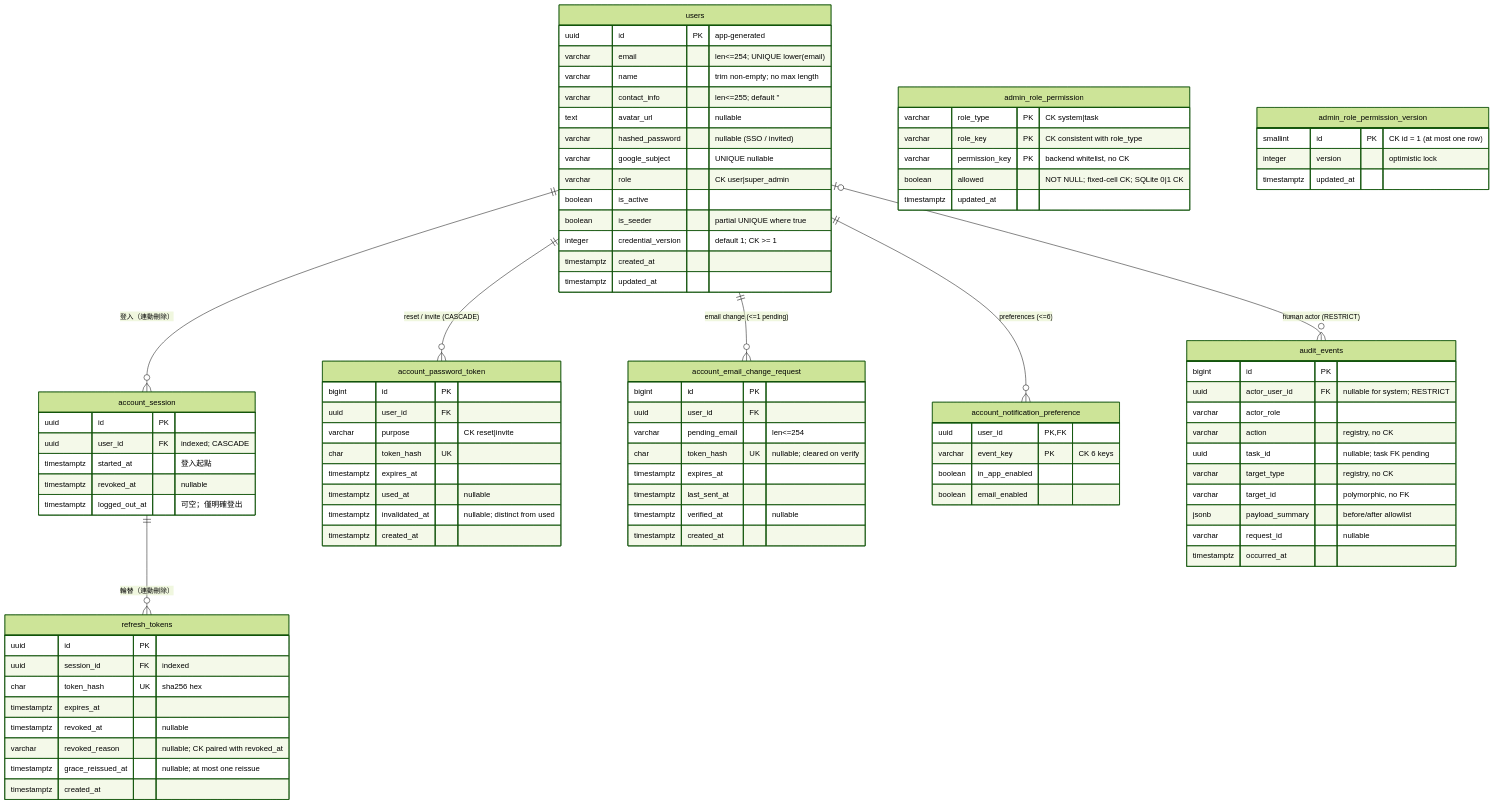
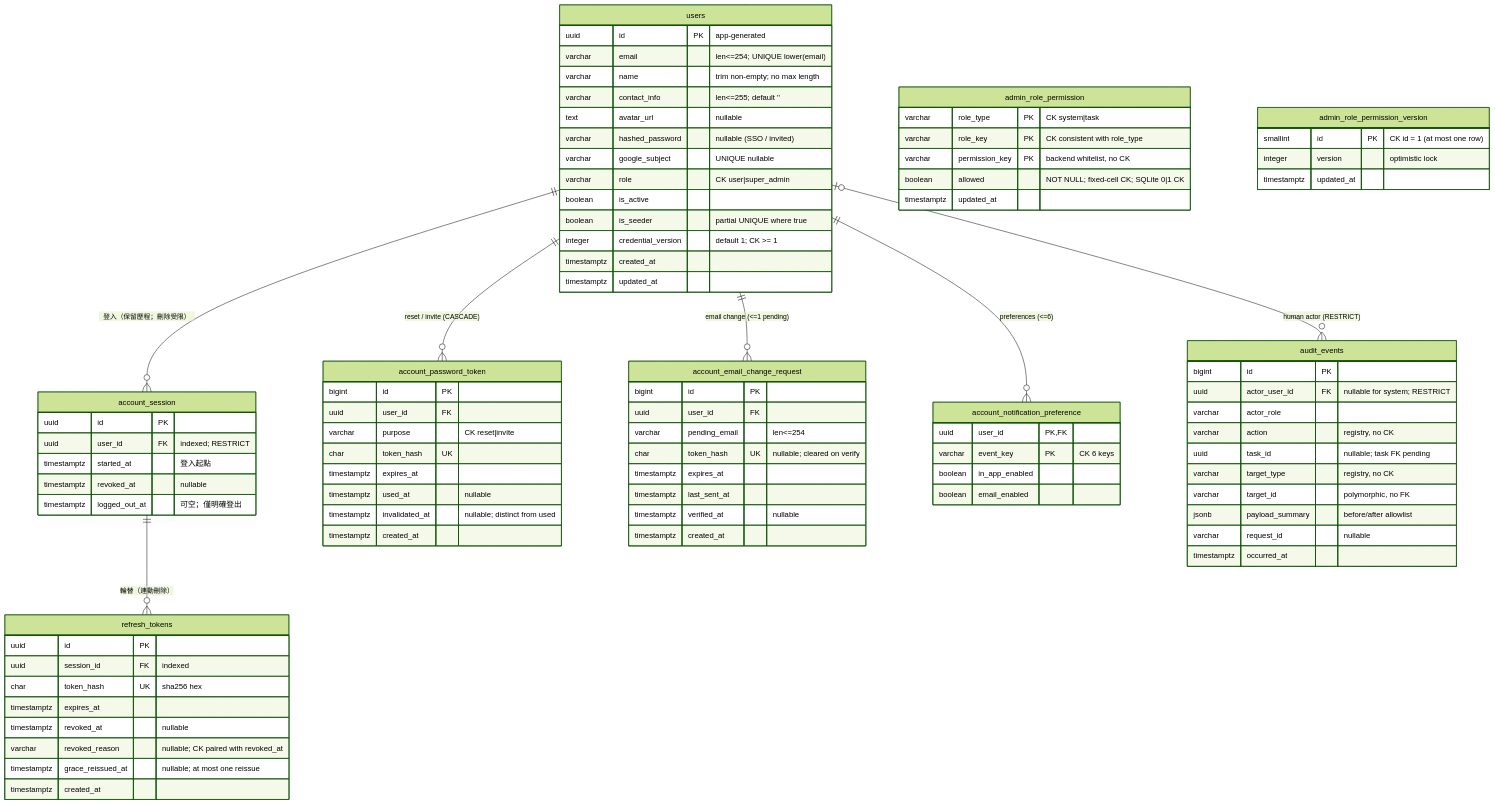
The diagram in docs/diagrams/architecture/account-admin-db-schema.md (singyichen/label-suite), drawn with Mermaid (forest theme) before and after one commit. The commit also changed other lines of this file and 6 other files, not shown here.

```diff
--- a/docs/diagrams/architecture/account-admin-db-schema.md
+++ b/docs/diagrams/architecture/account-admin-db-schema.md
@@ -54,7 +54,7 @@
     }
     account_session {
         uuid id PK
-        uuid user_id FK "indexed; CASCADE"
+        uuid user_id FK "indexed; RESTRICT"
         timestamptz started_at "登入起點"
         timestamptz revoked_at "nullable"
         timestamptz logged_out_at "可空；僅明確登出"
@@ -120,7 +120,7 @@
         timestamptz updated_at
     }
 
-    users ||--o{ account_session : "登入（連動刪除）"
+    users ||--o{ account_session : "登入（保留歷程；刪除受限）"
     account_session ||--o{ refresh_tokens : "輪替（連動刪除）"
     users ||--o{ account_password_token : "reset / invite (CASCADE)"
     users ||--o{ account_email_change_request : "email change (<=1 pending)"
```
